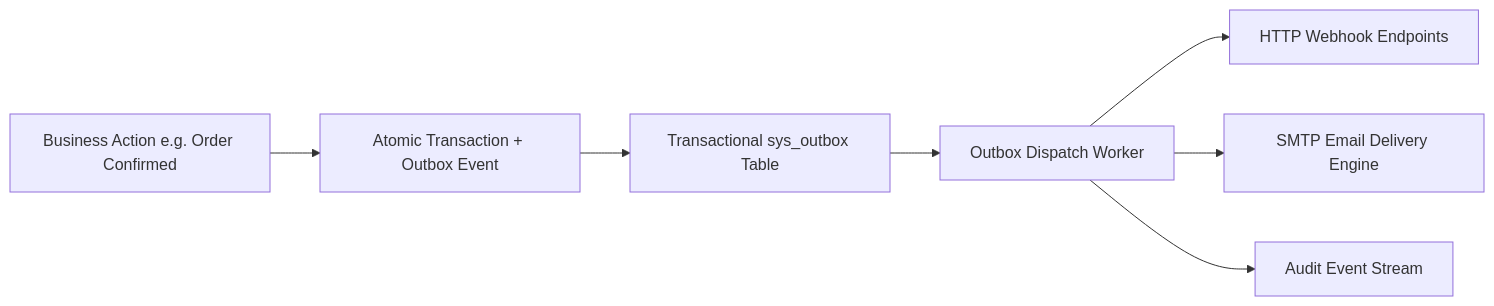
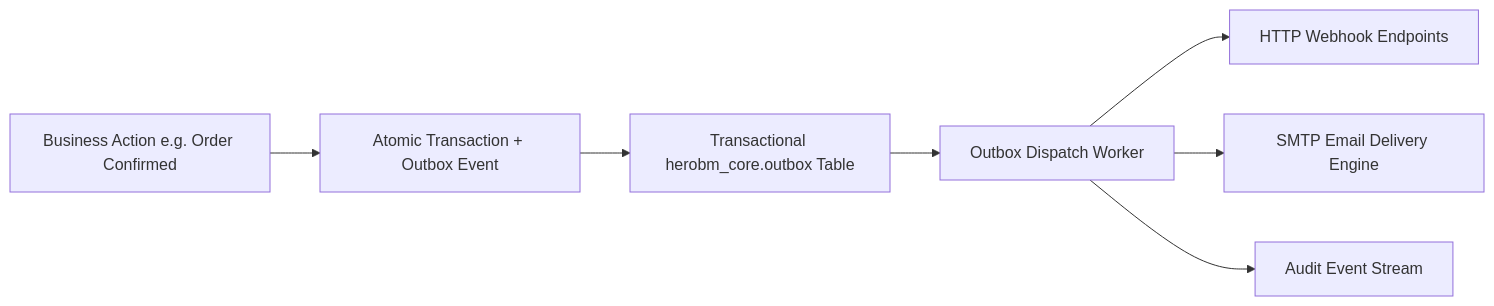
The diagram in docs/user/technical_operations.md (herobmdotcom/herobm), drawn with Mermaid before and after one commit. The commit also changed other lines of this file and 22 other files, not shown here.

````diff
--- a/docs/user/technical_operations.md
+++ b/docs/user/technical_operations.md
@@ -52,9 +52,9 @@
 ```mermaid
 flowchart LR
     A[Business Action e.g. Order Confirmed] --> B[Atomic Transaction + Outbox Event]
-    B --> C[Transactional sys_outbox Table]
+    B --> C[Transactional herobm_core.outbox Table]
     C --> D[Outbox Dispatch Worker]
     D --> E[HTTP Webhook Endpoints]
     D --> F[SMTP Email Delivery Engine]
     D --> G[Audit Event Stream]
 ```
````
